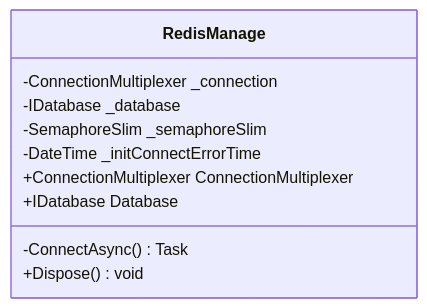
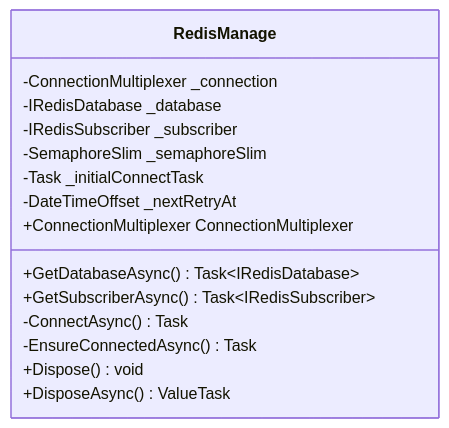
One commit to azrng/nuget-packages changed the first of 8 diagrams in src/Shared/Common.Cache.Redis/ARCHITECTURE.md. Above: the diagram before and after it, drawn with Mermaid. The commit also changed other lines of this file and 6 other files, not shown here.

````diff
--- a/src/Shared/Common.Cache.Redis/ARCHITECTURE.md
+++ b/src/Shared/Common.Cache.Redis/ARCHITECTURE.md
@@ -51,13 +51,18 @@
 ```mermaid
 classDiagram
     class RedisManage {
         -ConnectionMultiplexer _connection
-        -IDatabase _database
+        -IRedisDatabase _database
+        -IRedisSubscriber _subscriber
         -SemaphoreSlim _semaphoreSlim
-        -DateTime _initConnectErrorTime
+        -Task _initialConnectTask
+        -DateTimeOffset _nextRetryAt
         +ConnectionMultiplexer ConnectionMultiplexer
-        +IDatabase Database
+        +GetDatabaseAsync() Task~IRedisDatabase~
+        +GetSubscriberAsync() Task~IRedisSubscriber~
         -ConnectAsync() Task
+        -EnsureConnectedAsync() Task
         +Dispose() void
+        +DisposeAsync() ValueTask
     }
 ```
````
